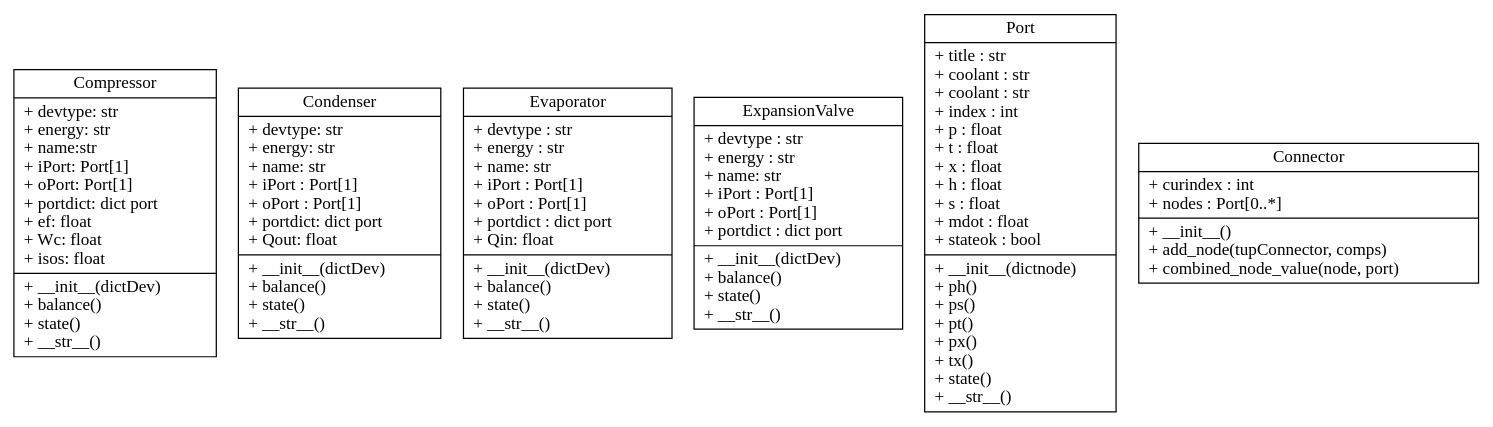
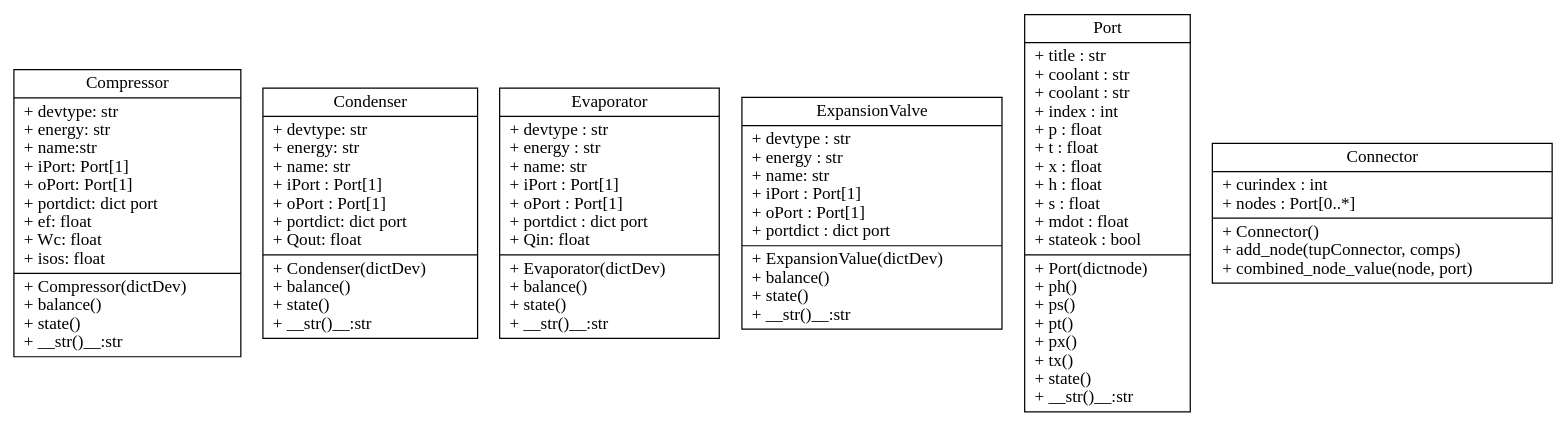
Before and after one commit to thermalogic/SimVCCE: the diagram in uml/components/classes.dot, drawn with Graphviz. The commit also changed 1 other file, not shown here.

Commit message:
update fig

```diff
--- a/uml/components/classes.dot
+++ b/uml/components/classes.dot
@@ -1,10 +1,10 @@
 digraph "classes" {
 rankdir=BT
 charset="utf-8"
-"components.compressor.Compressor" [color="black", fontcolor="black", label="{Compressor| + devtype: str\l + energy: str\l + name:str \l + iPort: Port[1]\l + oPort: Port[1]\l + portdict: dict port\l + ef: float\l + Wc: float\l + isos: float\l| + __init__(dictDev)\l + balance()\l + state()\l + __str__()\l}", shape="record", style="solid"];
-"components.condenser.Condenser" [color="black", fontcolor="black", label="{Condenser| + devtype: str\l + energy: str\l + name: str\l + iPort : Port[1]\l + oPort : Port[1]\l + portdict: dict port\l + Qout: float\l| + __init__(dictDev)\l + balance()\l + state()\l + __str__()\l}", shape="record", style="solid"];
-"components.evaporator.Evaporator" [color="black", fontcolor="black", label="{Evaporator| + devtype : str\l + energy : str\l + name: str\l + iPort : Port[1]\l + oPort : Port[1]\l + portdict : dict port\l + Qin: float\l| + __init__(dictDev)\l + balance()\l + state()\l + __str__()\l}", shape="record", style="solid"];
-"components.expansionvalve.ExpansionValve" [color="black", fontcolor="black", label="{ExpansionValve| + devtype : str\l + energy : str\l + name: str\l + iPort : Port[1]\l + oPort : Port[1]\l + portdict : dict port\l| + __init__(dictDev)\l + balance()\l + state()\l + __str__()\l}", shape="record", style="solid"];
-"components.port.Port" [color="black", fontcolor="black", label="{Port| + title : str\l + coolant : str\l + coolant : str\l + index : int\l + p : float\l + t : float\l + x : float\l + h : float\l + s : float\l + mdot : float\l + stateok : bool\l|+ __init__(dictnode)\l + ph()\l + ps()\l + pt()\l + px()\l + tx()\l + state()\l + __str__()\l}", shape="record", style="solid"];
-"components.connector.Connector" [color="black", fontcolor="black", label="{Connector| + curindex : int\l + nodes : Port[0..*]\l| + __init__()\l + add_node(tupConnector, comps)\l + combined_node_value(node, port)\l}", shape="record", style="solid"];
+"components.compressor.Compressor" [color="black", fontcoor="black", label="{Compressor| + devtype: str\l + energy: str\l + name:str \l + iPort: Port[1]\l + oPort: Port[1]\l + portdict: dict port\l + ef: float\l + Wc: float\l + isos: float\l| + Compressor(dictDev)\l + balance()\l + state()\l + __str()__:str\l}", shape="record", style="solid"];
+"components.condenser.Condenser" [color="black", fontcolor="black", label="{Condenser| + devtype: str\l + energy: str\l + name: str\l + iPort : Port[1]\l + oPort : Port[1]\l + portdict: dict port\l + Qout: float\l| + Condenser(dictDev)\l + balance()\l + state()\l + __str()__:str\l}", shape="record", style="solid"];
+"components.evaporator.Evaporator" [color="black", fontcolor="black", label="{Evaporator| + devtype : str\l + energy : str\l + name: str\l + iPort : Port[1]\l + oPort : Port[1]\l + portdict : dict port\l + Qin: float\l| + Evaporator(dictDev)\l + balance()\l + state()\l + __str()__:str\l}", shape="record", style="solid"];
+"components.expansionvalve.ExpansionValve" [color="black", fontcolor="black", label="{ExpansionValve| + devtype : str\l + energy : str\l + name: str\l + iPort : Port[1]\l + oPort : Port[1]\l + portdict : dict port\l| + ExpansionValue(dictDev)\l + balance()\l + state()\l + __str()__:str\l}", shape="record", style="solid"];
+"components.port.Port" [color="black", fontcolor="black", label="{Port| + title : str\l + coolant : str\l + coolant : str\l + index : int\l + p : float\l + t : float\l + x : float\l + h : float\l + s : float\l + mdot : float\l + stateok : bool\l|+ Port(dictnode)\l + ph()\l + ps()\l + pt()\l + px()\l + tx()\l + state()\l + __str()__:str\l}", shape="record", style="solid"];
+"components.connector.Connector" [color="black", fontcolor="black", label="{Connector| + curindex : int\l + nodes : Port[0..*]\l| + Connector()\l + add_node(tupConnector, comps)\l + combined_node_value(node, port)\l}", shape="record", style="solid"];
 }
```
